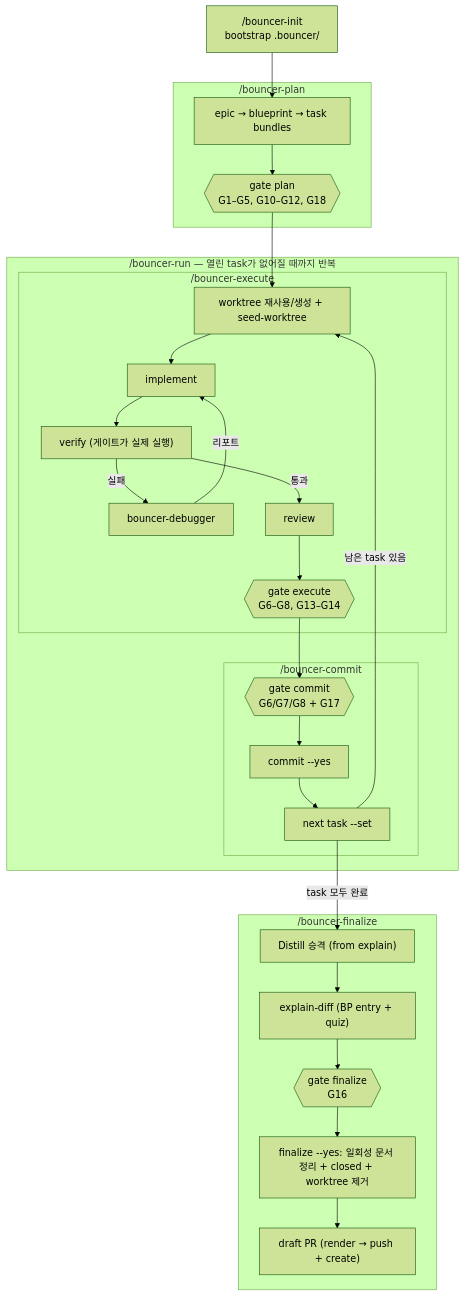
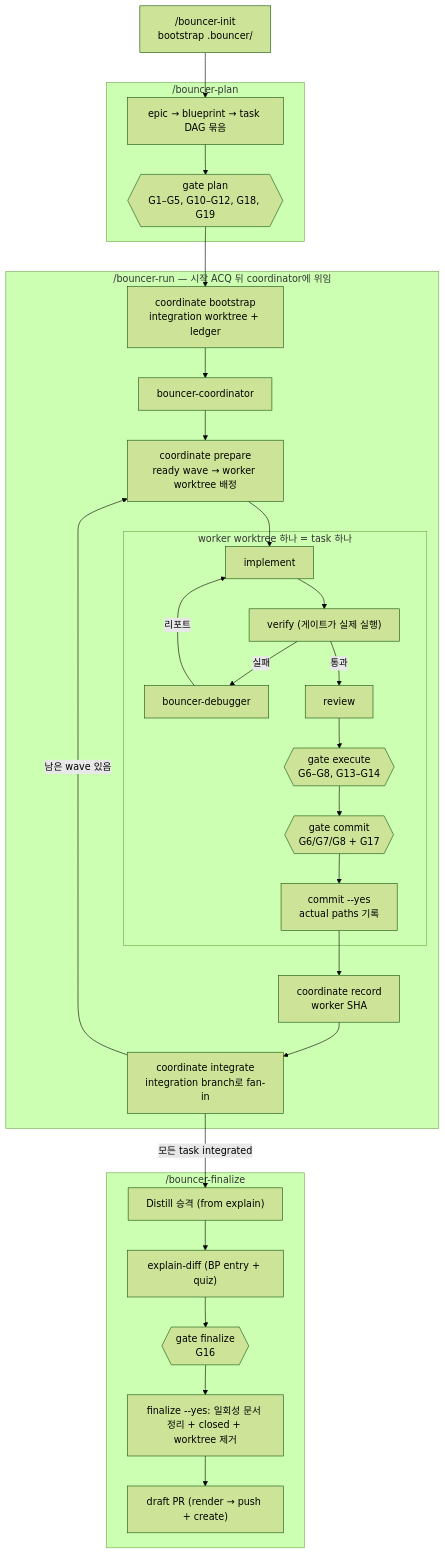
Before and after one commit to cheongfish/bouncer: the diagram in docs/workflow.md, drawn with Mermaid (forest theme). The commit also changed other lines of this file and 13 other files, not shown here.

````diff
--- a/docs/workflow.md
+++ b/docs/workflow.md
@@ -22,37 +41,39 @@
 ```mermaid
 flowchart TD
     BI["/bouncer-init<br/>bootstrap .bouncer/"]
 
     subgraph PLAN["/bouncer-plan"]
-        P1["epic → blueprint → task bundles"] --> P2{{"gate plan<br/>G1–G5, G10–G12, G18"}}
+        P1["epic → blueprint → task DAG 묶음"] --> P2{{"gate plan<br/>G1–G5, G10–G12, G18, G19"}}
     end
 
-    subgraph RUN["/bouncer-run — 열린 task가 없어질 때까지 반복"]
-        subgraph EXEC["/bouncer-execute"]
-            E1["worktree 재사용/생성 + seed-worktree"] --> E2["implement"]
-            E2 --> E3["verify (게이트가 실제 실행)"]
-            E3 -- 실패 --> E4["bouncer-debugger"]
-            E4 -- 리포트 --> E2
-            E3 -- 통과 --> E5["review"]
-            E5 --> E6{{"gate execute<br/>G6–G8, G13–G14"}}
+    subgraph RUN["/bouncer-run — 시작 ACQ 뒤 coordinator에 위임"]
+        R1["coordinate bootstrap<br/>integration worktree + ledger"] --> R2["bouncer-coordinator"]
+        R2 --> R3["coordinate prepare<br/>ready wave → worker worktree 배정"]
+
+        subgraph WORK["worker worktree 하나 = task 하나"]
+            E1["implement"] --> E2["verify (게이트가 실제 실행)"]
+            E2 -- 실패 --> E3["bouncer-debugger"]
+            E3 -- 리포트 --> E1
+            E2 -- 통과 --> E4["review"]
+            E4 --> E5{{"gate execute<br/>G6–G8, G13–G14"}}
+            E5 --> C1{{"gate commit<br/>G6/G7/G8 + G17"}}
+            C1 --> C2["commit --yes<br/>actual paths 기록"]
         end
 
-        subgraph COMMIT["/bouncer-commit"]
-            C1{{"gate commit<br/>G6/G7/G8 + G17"}} --> C2["commit --yes"]
-            C2 --> C3["next task --set"]
-        end
+        R3 --> E1
+        C2 --> R4["coordinate record<br/>worker SHA"]
+        R4 --> R5["coordinate integrate<br/>integration branch로 fan-in"]
+        R5 -- "남은 wave 있음" --> R3
     end
 
     subgraph FIN["/bouncer-finalize"]
         F1["Distill 승격 (from explain)"] --> F2["explain-diff (BP entry + quiz)"]
         F2 --> F3{{"gate finalize<br/>G16"}}
         F3 --> F4["finalize --yes: 일회성 문서 정리 + closed + worktree 제거"]
         F4 --> F5["draft PR (render → push + create)"]
     end
 
     BI --> P1
-    P2 --> E1
-    E6 --> C1
-    C3 -- "남은 task 있음" --> E1
-    C3 -- "task 모두 완료" --> F1
+    P2 --> R1
+    R5 -- "모든 task integrated" --> F1
 ```
````
